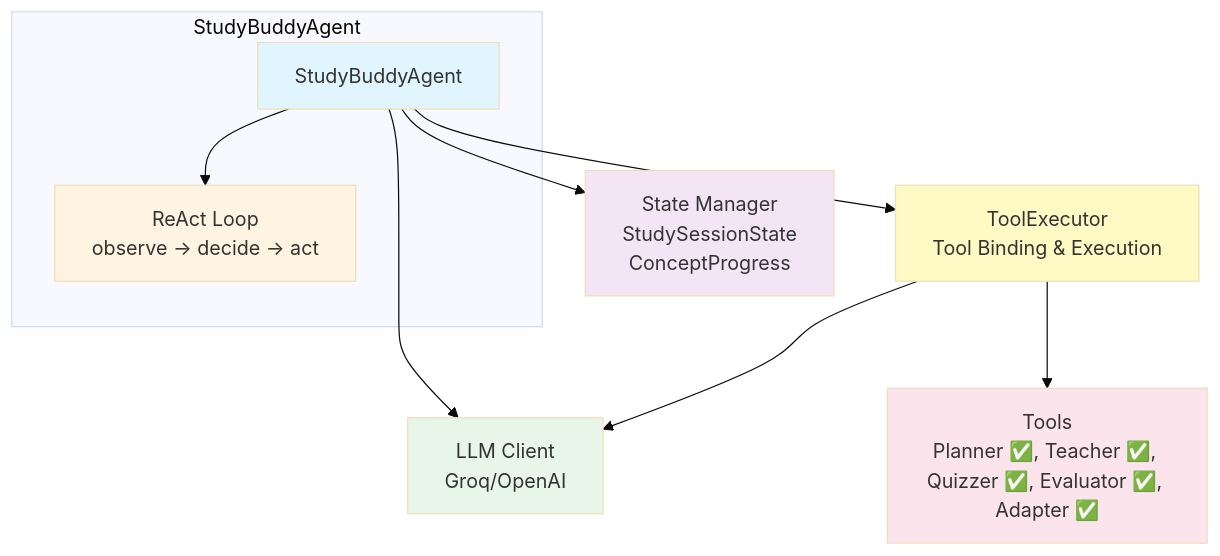
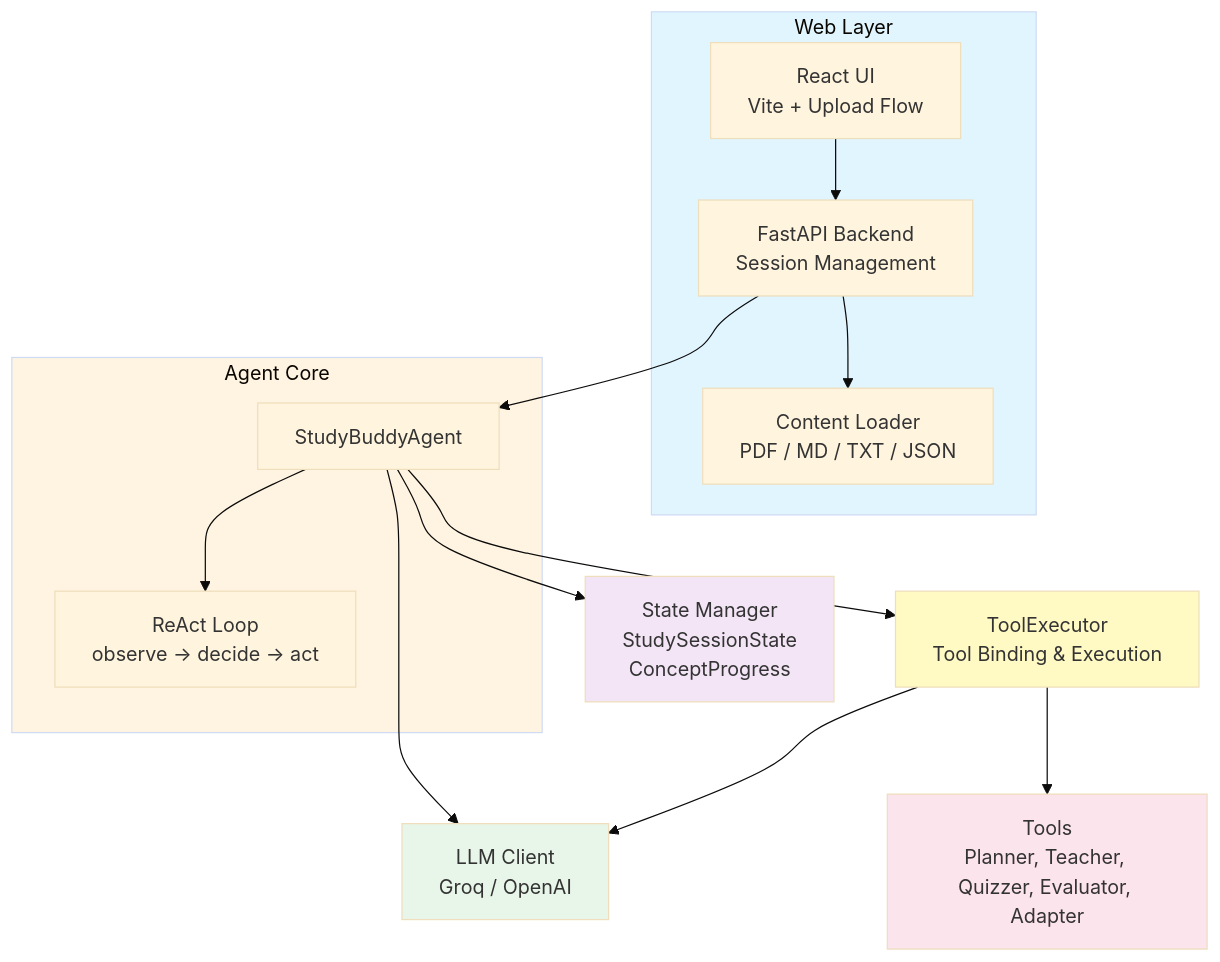
Before and after one commit to ebinzacharias/ez-agentic-study-buddy: the first of 6 diagrams in ARCHITECTURE.md, drawn with Mermaid (base theme). The commit also changed other lines of this file and 3 other files, not shown here.

````diff
--- a/ARCHITECTURE.md
+++ b/ARCHITECTURE.md
@@ -5,26 +5,35 @@
 ```mermaid
 graph TB
-    subgraph "StudyBuddyAgent"
+    subgraph Web["Web Layer"]
+        UI[React UI<br/>Vite + Upload Flow]
+        API[FastAPI Backend<br/>Session Management]
+        CL[Content Loader<br/>PDF / MD / TXT / JSON]
+    end
+
+    subgraph Core["Agent Core"]
         Agent[StudyBuddyAgent]
         ReAct[ReAct Loop<br/>observe → decide → act]
         Agent --> ReAct
     end
     
-    LLM[LLM Client<br/>Groq/OpenAI]
+    LLM[LLM Client<br/>Groq / OpenAI]
     State[State Manager<br/>StudySessionState<br/>ConceptProgress]
     ToolExec[ToolExecutor<br/>Tool Binding & Execution]
-    Tools[Tools<br/>Planner ✅, Teacher ✅, Quizzer ✅, Evaluator ✅, Adapter ✅]
+    Tools[Tools<br/>Planner, Teacher, Quizzer, Evaluator, Adapter]
     
+    UI --> API
+    API --> CL
+    API --> Agent
     Agent --> LLM
     Agent --> State
     Agent --> ToolExec
     ToolExec --> LLM
     ToolExec --> Tools
     
-    style Agent fill:#e1f5ff
-    style ReAct fill:#fff4e1
+    style Web fill:#e1f5ff
+    style Core fill:#fff4e1
     style LLM fill:#e8f5e9
     style State fill:#f3e5f5
     style ToolExec fill:#fff9c4
     style Tools fill:#fce4ec
 ```
````
